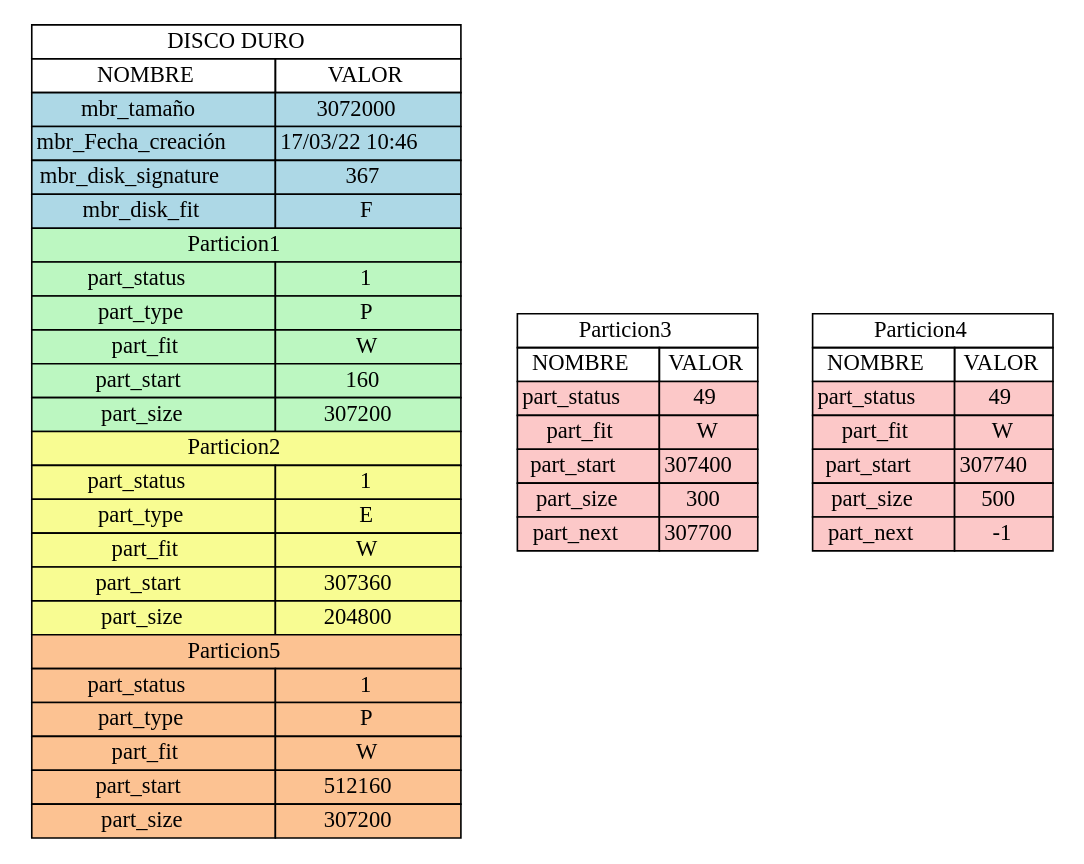
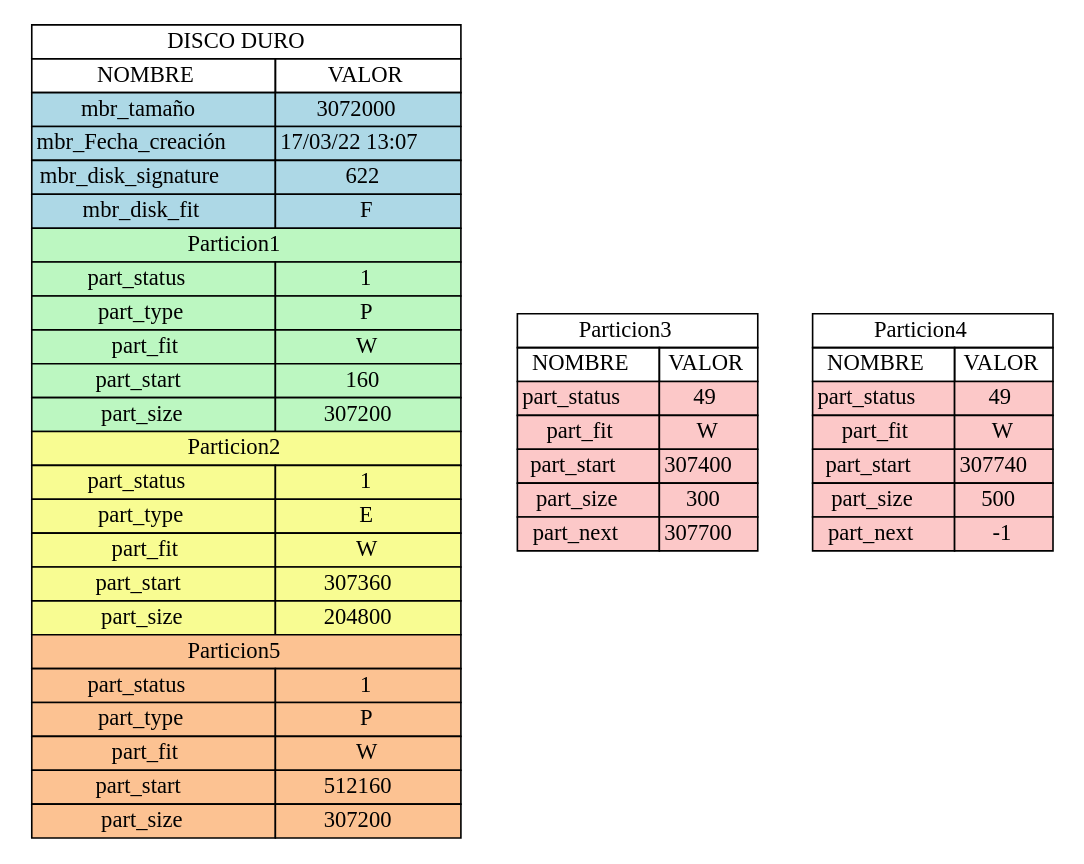
The diagram in MasterBootRecord_report.dot (2730538920101/P1_MIA_201709282), drawn with Graphviz before and after one commit. The commit also changed 5 other files, not shown here.

```diff
--- a/MasterBootRecord_report.dot
+++ b/MasterBootRecord_report.dot
@@ -1,59 +1,59 @@
 digraph {
 tbl[
 shape=plaintext
  label =<
 <table border='0' cellborder='1' cellspacing='0'>
 <tr><td colspan="3">DISCO DURO</td></tr>
 <th><td>NOMBRE</td><td>VALOR</td></th>
 <tr><td bgcolor="lightblue">mbr_tamaño</td><td bgcolor="lightblue">3072000</td></tr>
-<tr><td bgcolor="lightblue">mbr_Fecha_creación</td><td bgcolor="lightblue">17/03/22 10:46</td></tr>
-<tr><td bgcolor="lightblue">mbr_disk_signature</td><td bgcolor="lightblue">367</td></tr>
+<tr><td bgcolor="lightblue">mbr_Fecha_creación</td><td bgcolor="lightblue">17/03/22 13:07</td></tr>
+<tr><td bgcolor="lightblue">mbr_disk_signature</td><td bgcolor="lightblue">622</td></tr>
 <tr><td bgcolor="lightblue">mbr_disk_fit</td><td bgcolor="lightblue">F</td></tr>
 <tr><td colspan="2" bgcolor="#bcf7c1">Particion1</td></tr>
 <tr><td bgcolor="#bcf7c1">part_status</td><td bgcolor="#bcf7c1">1</td></tr>
 <tr><td bgcolor="#bcf7c1">part_type</td><td bgcolor="#bcf7c1">P</td></tr>
 <tr><td bgcolor="#bcf7c1">part_fit</td><td bgcolor="#bcf7c1">W</td></tr>
 <tr><td bgcolor="#bcf7c1">part_start</td><td bgcolor="#bcf7c1">160</td></tr>
 <tr><td bgcolor="#bcf7c1">part_size</td><td bgcolor="#bcf7c1">307200</td></tr>
 <tr><td colspan="2" bgcolor="#f8fc92">Particion2</td></tr>
 <tr><td bgcolor="#f8fc92">part_status</td><td bgcolor="#f8fc92">1</td></tr>
 <tr><td bgcolor="#f8fc92">part_type</td><td bgcolor="#f8fc92">E</td></tr>
 <tr><td bgcolor="#f8fc92">part_fit</td><td bgcolor="#f8fc92">W</td></tr>
 <tr><td bgcolor="#f8fc92">part_start</td><td bgcolor="#f8fc92">307360</td></tr>
 <tr><td bgcolor="#f8fc92">part_size</td><td bgcolor="#f8fc92">204800</td></tr>
 <tr><td colspan="2" bgcolor="#fcc292">Particion5</td></tr>
 <tr><td bgcolor="#fcc292">part_status</td><td bgcolor="#fcc292">1</td></tr>
 <tr><td bgcolor="#fcc292">part_type</td><td bgcolor="#fcc292">P</td></tr>
 <tr><td bgcolor="#fcc292">part_fit</td><td bgcolor="#fcc292">W</td></tr>
 <tr><td bgcolor="#fcc292">part_start</td><td bgcolor="#fcc292">512160</td></tr>
 <tr><td bgcolor="#fcc292">part_size</td><td bgcolor="#fcc292">307200</td></tr>
 </table>
 >];
 
 tbl1 [
 shape=plaintext
  label=<
 <table border='0' cellborder='1' cellspacing='0'>
 <tr><td colspan="3">Particion3</td></tr>
 <th><td>NOMBRE</td><td>VALOR</td></th>
 <tr><td bgcolor="#fcc8c8">part_status</td><td bgcolor="#fcc8c8">49</td></tr>
 <tr><td bgcolor="#fcc8c8">part_fit</td><td bgcolor="#fcc8c8">W</td></tr>
 <tr><td bgcolor="#fcc8c8">part_start</td><td bgcolor="#fcc8c8">307400</td></tr>
 <tr><td bgcolor="#fcc8c8">part_size</td><td bgcolor="#fcc8c8">300</td></tr>
 <tr><td bgcolor="#fcc8c8">part_next</td><td bgcolor="#fcc8c8">307700</td></tr>
 </table>
 >];
 tbl2 [
 shape=plaintext
  label=<
 <table border='0' cellborder='1' cellspacing='0'>
 <tr><td colspan="3">Particion4</td></tr>
 <th><td>NOMBRE</td><td>VALOR</td></th>
 <tr><td bgcolor="#fcc8c8">part_status</td><td bgcolor="#fcc8c8">49</td></tr>
 <tr><td bgcolor="#fcc8c8">part_fit</td><td bgcolor="#fcc8c8">W</td></tr>
 <tr><td bgcolor="#fcc8c8">part_start</td><td bgcolor="#fcc8c8">307740</td></tr>
 <tr><td bgcolor="#fcc8c8">part_size</td><td bgcolor="#fcc8c8">500</td></tr>
 <tr><td bgcolor="#fcc8c8">part_next</td><td bgcolor="#fcc8c8">-1</td></tr>
 </table>
 >];
 }
```
